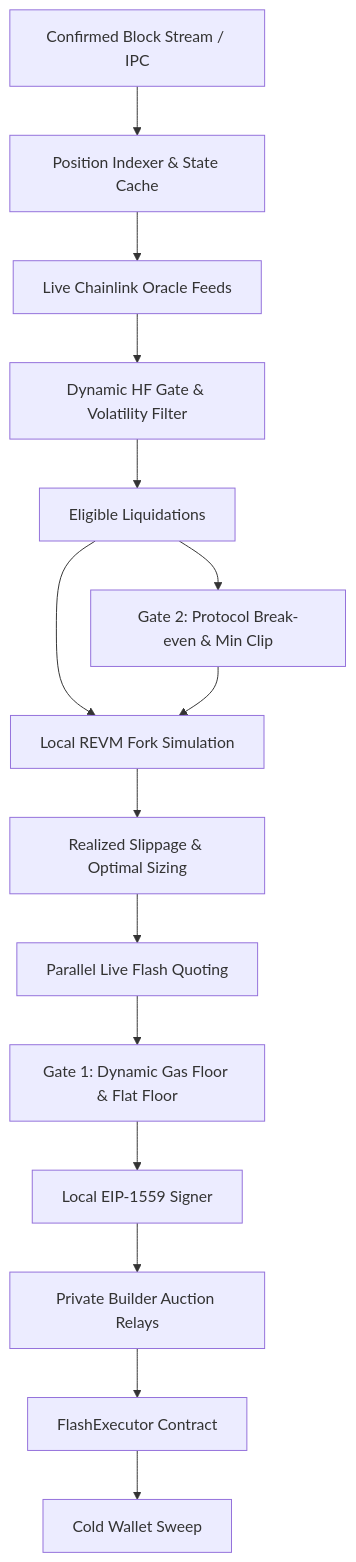
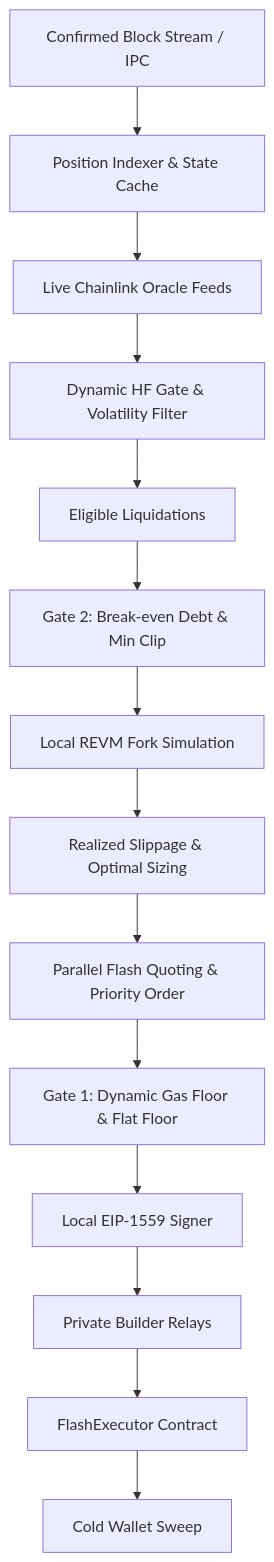
One commit to Xtley001/goshawk changed the diagram in docs/ARCHITECTURE.md. Above: the diagram before and after it, drawn with Mermaid. The commit also changed other lines of this file and 7 other files, not shown here.

````diff
--- a/docs/ARCHITECTURE.md
+++ b/docs/ARCHITECTURE.md
@@ -7,17 +9,16 @@
 ```mermaid
 flowchart TD
     BlockStream[Confirmed Block Stream / IPC] --> Indexer[Position Indexer & State Cache]
     Indexer --> PriceFeed[Live Chainlink Oracle Feeds]
     PriceFeed --> HfEngine[Dynamic HF Gate & Volatility Filter]
     HfEngine --> Candidates[Eligible Liquidations]
-    Candidates --> REVM[Local REVM Fork Simulation]
-    Candidates --> Gate2[Gate 2: Protocol Break-even & Min Clip]
-    Gate2 --> REVM
+    Candidates --> Gate2[Gate 2: Break-even Debt & Min Clip]
+    Gate2 --> REVM[Local REVM Fork Simulation]
     REVM --> Sizing[Realized Slippage & Optimal Sizing]
-    Sizing --> FlashRouter[Parallel Live Flash Quoting]
+    Sizing --> FlashRouter[Parallel Flash Quoting & Priority Order]
     FlashRouter --> Gate1[Gate 1: Dynamic Gas Floor & Flat Floor]
     Gate1 --> Signer[Local EIP-1559 Signer]
-    Signer --> PrivateRelay[Private Builder Auction Relays]
+    Signer --> PrivateRelay[Private Builder Relays]
     PrivateRelay --> OnChain[FlashExecutor Contract]
     OnChain --> Sweep[Cold Wallet Sweep]
 ```
````
